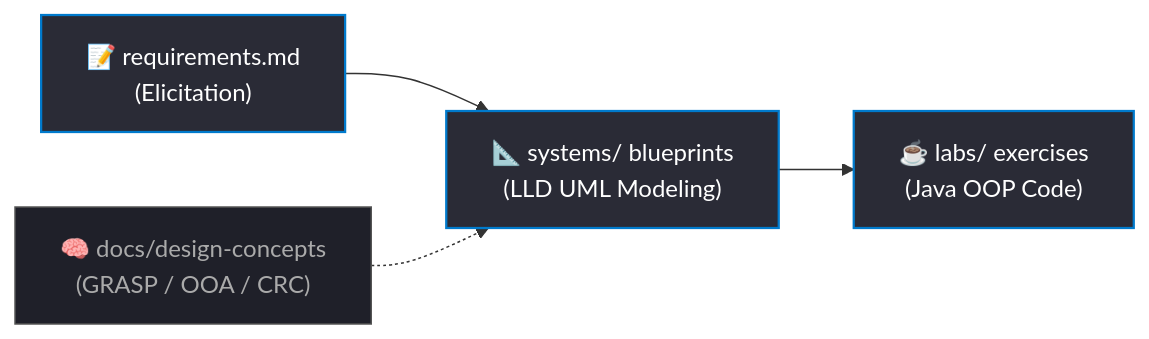
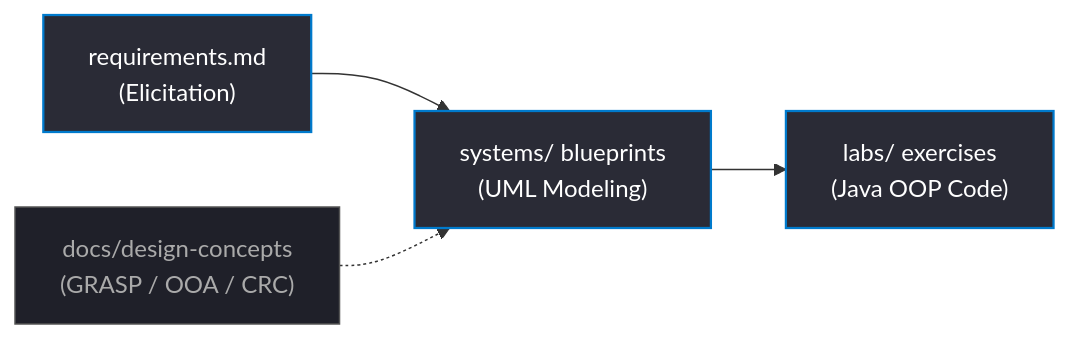
The diagram in README.md (nav6ind-cyber/whatever), drawn with Mermaid before and after one commit. The commit also changed other lines of this file, not shown here.

````diff
--- a/README.md
+++ b/README.md
@@ -18,16 +36,16 @@
 ```mermaid
 flowchart LR
     %% Styles
     classDef primary fill:#2a2b36,stroke:#007acc,stroke-width:1.5px,color:#ffffff;
     classDef secondary fill:#1f2029,stroke:#2ea44f,stroke-width:1px,color:#b5e8b0;
     classDef tech fill:#1f2029,stroke:#555,stroke-width:1px,color:#aaa;
 
-    A["📝 requirements.md<br/>(Elicitation)"]:::primary
-    B["🧠 docs/design-concepts<br/>(GRASP / OOA / CRC)"]:::tech
-    C["📐 systems/ blueprints<br/>(LLD UML Modeling)"]:::primary
-    D["☕ labs/ exercises<br/>(Java OOP Code)"]:::primary
+    A["requirements.md<br/>(Elicitation)"]:::primary
+    B["docs/design-concepts<br/>(GRASP / OOA / CRC)"]:::tech
+    C["systems/ blueprints<br/>(UML Modeling)"]:::primary
+    D["labs/ exercises<br/>(Java OOP Code)"]:::primary
     
     A --> C
     B -.-> C
     C --> D
 ```
````
